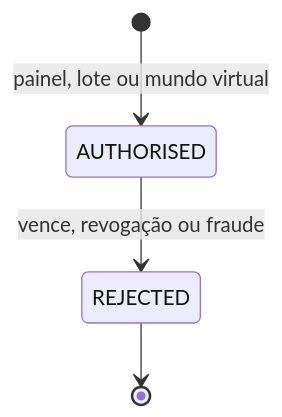
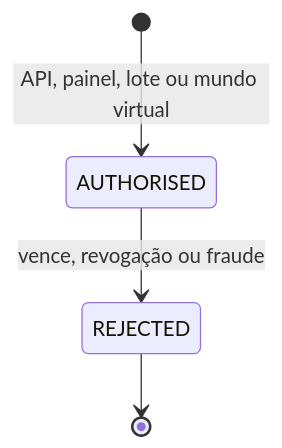
One commit to marcelosotto/open-finance-simulator changed the second of 3 diagrams in docs/03-design/classes/modelo-de-dominio.md. Above: the diagram before and after it, drawn with Mermaid. The commit also changed other lines of this file and 10 other files, not shown here.

````diff
--- a/docs/03-design/classes/modelo-de-dominio.md
+++ b/docs/03-design/classes/modelo-de-dominio.md
@@ -101,6 +103,6 @@
 ```mermaid
 stateDiagram-v2
-  [*] --> AUTHORISED : painel, lote ou mundo virtual
+  [*] --> AUTHORISED : API, painel, lote ou mundo virtual
   AUTHORISED --> REJECTED : vence, revogação ou fraude
   REJECTED --> [*]
 ```
````
